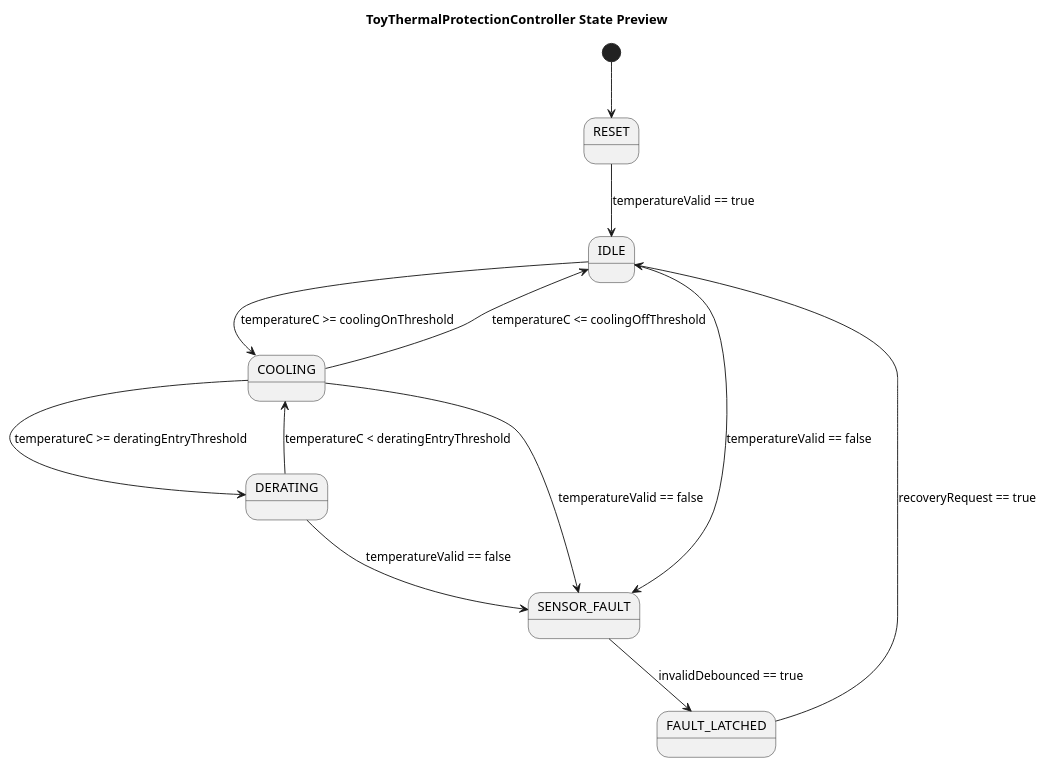
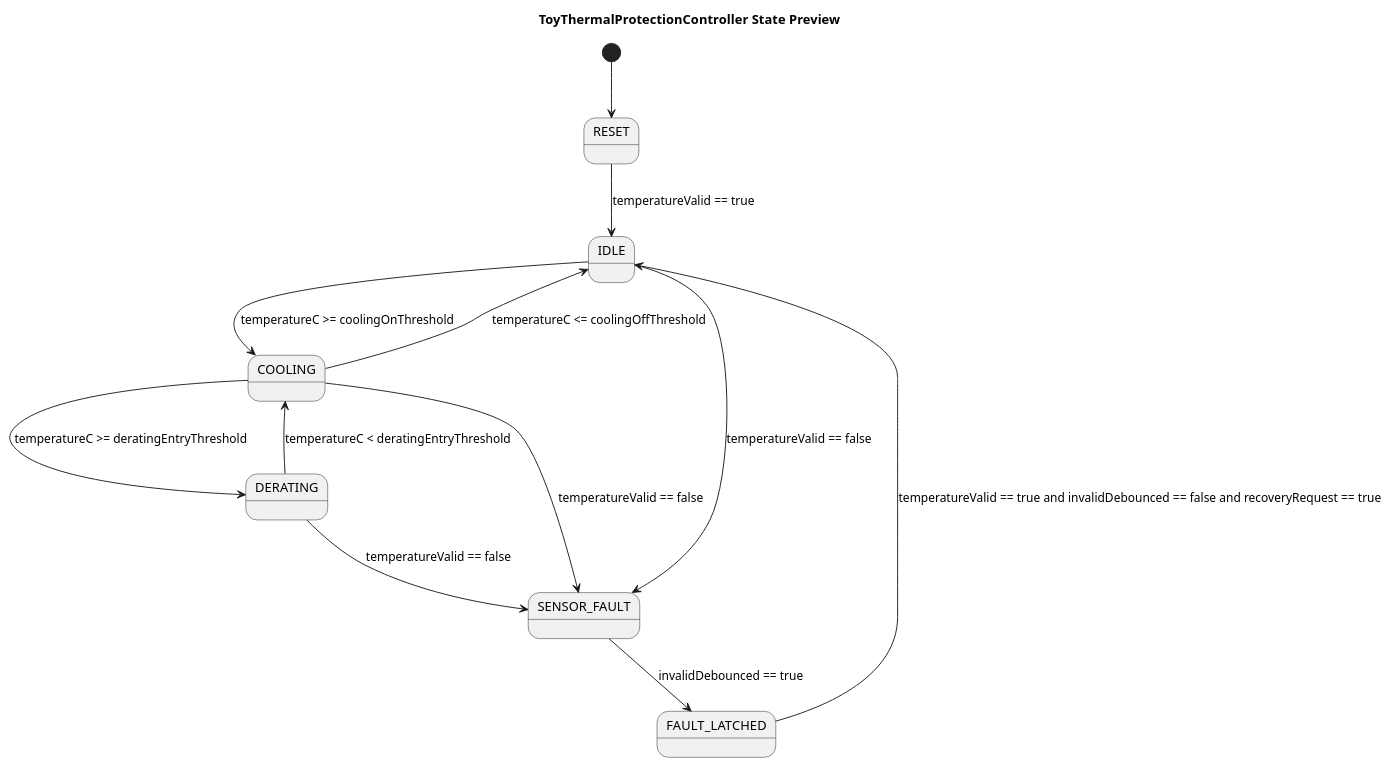
The diagram in generated/toy_thermal_protection_controller.puml (kino-6/virtual-ecu-peripheral-harness), drawn with PlantUML before and after one commit. The commit also changed 25 other files, not shown here.

```diff
--- a/generated/toy_thermal_protection_controller.puml
+++ b/generated/toy_thermal_protection_controller.puml
@@ -1,23 +1,23 @@
 @startuml
 ' Generated preview from Mermaid-like MBD markup.
 ' Existing MBD tools are the intended verification backends.
 title ToyThermalProtectionController State Preview
 [*] --> RESET
 RESET --> IDLE : temperatureValid == true
 IDLE --> COOLING : temperatureC >= coolingOnThreshold
 COOLING --> IDLE : temperatureC <= coolingOffThreshold
 COOLING --> DERATING : temperatureC >= deratingEntryThreshold
 DERATING --> COOLING : temperatureC < deratingEntryThreshold
 IDLE --> SENSOR_FAULT : temperatureValid == false
 COOLING --> SENSOR_FAULT : temperatureValid == false
 DERATING --> SENSOR_FAULT : temperatureValid == false
 SENSOR_FAULT --> FAULT_LATCHED : invalidDebounced == true
-FAULT_LATCHED --> IDLE : recoveryRequest == true
+FAULT_LATCHED --> IDLE : temperatureValid == true and invalidDebounced == false and recoveryRequest == true
 ' Trace recoverFromLatch: SYS-008, HAR-006
 ' Trace faultLatch: SYS-007, SYS-006, HAR-004
-' Trace holdLatchedFault: SYS-007, SYS-008, HAR-004
+' Trace holdLatchedFault: SYS-007, HAR-004
 ' Trace sensorInvalid: SYS-006, HAR-004
 ' Trace derating: SYS-005, SYS-002, HAR-004
 ' Trace highCooling: SYS-003, SYS-002, HAR-004
 ' Trace lowCooling: SYS-004, HAR-004
 @enduml
```
